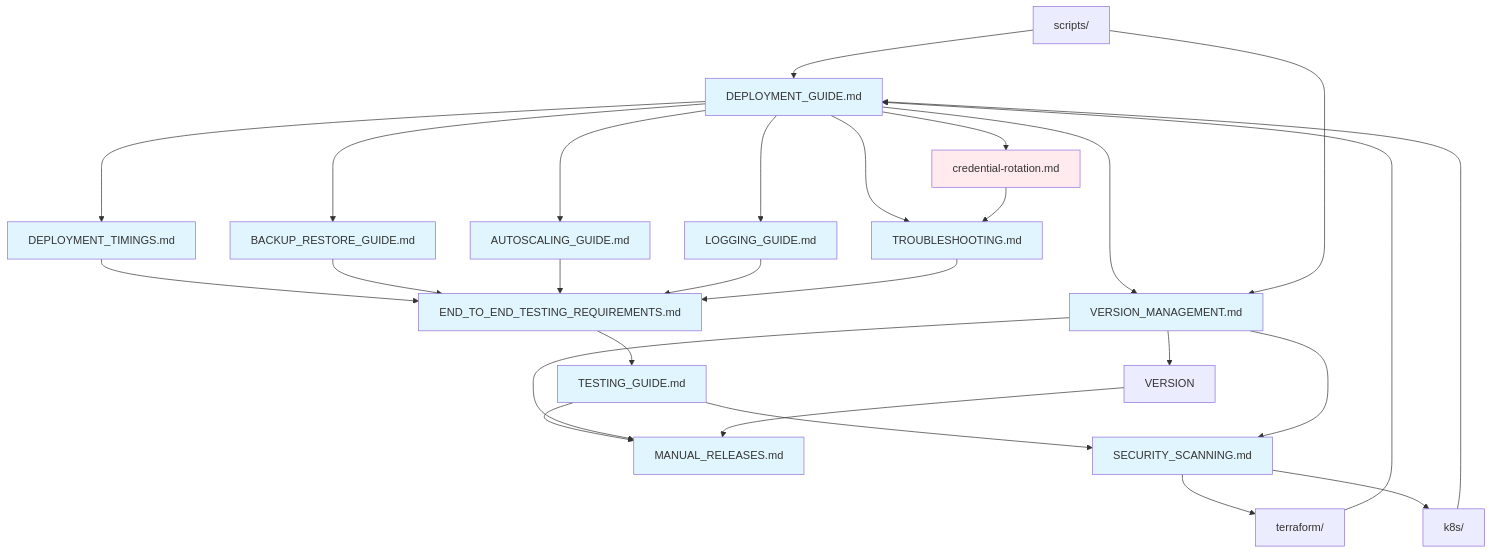
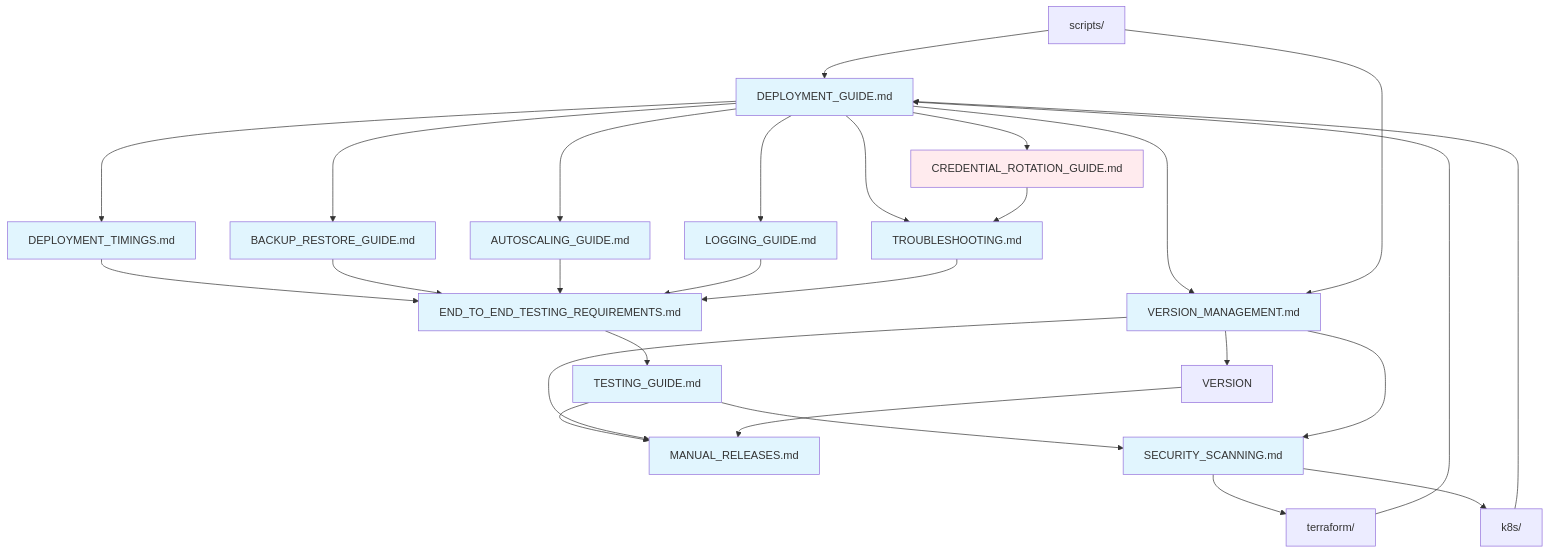
Before and after one commit to Jmevorach/openemr-on-eks: the diagram in docs/README.md, drawn with Mermaid. The commit also changed other lines of this file and 18 other files, not shown here.

````diff
--- a/docs/README.md
+++ b/docs/README.md
@@ -60,47 +60,47 @@
 ```mermaid
 graph TD
     A[DEPLOYMENT_GUIDE.md] --> A1[DEPLOYMENT_TIMINGS.md]
     A --> B[BACKUP_RESTORE_GUIDE.md]
     A --> C[AUTOSCALING_GUIDE.md]
     A --> D[LOGGING_GUIDE.md]
     A --> E[TROUBLESHOOTING.md]
-    A --> CR[credential-rotation.md]
+    A --> CR[CREDENTIAL_ROTATION_GUIDE.md]
     CR --> E
 
     A1 --> F[END_TO_END_TESTING_REQUIREMENTS.md]
     B --> F
     C --> F
     D --> F
     E --> F
 
     F --> G[TESTING_GUIDE.md]
     G --> H[MANUAL_RELEASES.md]
     G --> S[SECURITY_SCANNING.md]
 
     A --> M[VERSION_MANAGEMENT.md]
     M --> H
     M --> I[VERSION]
     M --> S
     L[scripts/] --> M
 
     I --> H
     J[terraform/] --> A
     K[k8s/] --> A
     L[scripts/] --> A
 
     S --> J
     S --> K
 
     style A fill:#e1f5fe
     style A1 fill:#e1f5fe
     style B fill:#e1f5fe
     style C fill:#e1f5fe
     style D fill:#e1f5fe
     style E fill:#e1f5fe
     style F fill:#e1f5fe
     style G fill:#e1f5fe
     style H fill:#e1f5fe
     style M fill:#e1f5fe
     style S fill:#e1f5fe
     style CR fill:#ffebee
 ```
````
